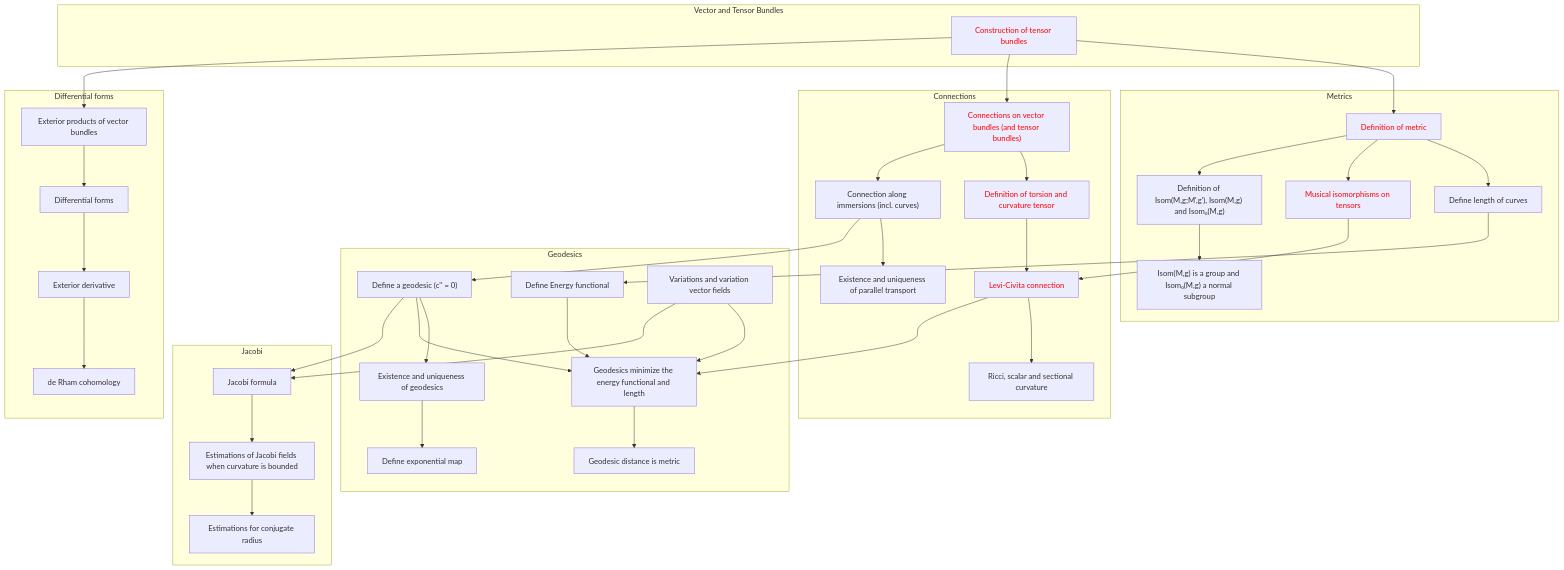
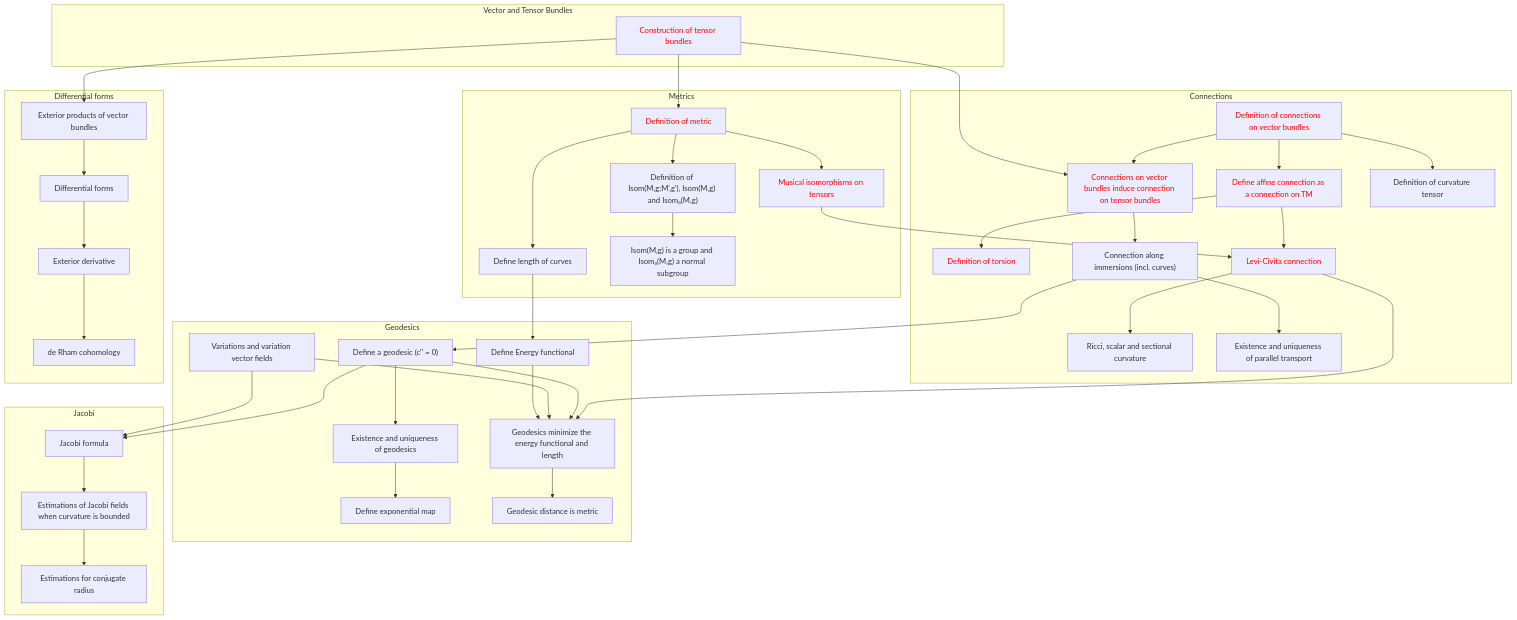
Before and after one commit to jkanschik/learning-lean: the diagram in differentialGeometry/gapAnalysis.md, drawn with Mermaid.

```diff
--- a/differentialGeometry/gapAnalysis.md
+++ b/differentialGeometry/gapAnalysis.md
@@ -136,17 +136,30 @@
     T1-->T2
 
     subgraph "Connections"
-        T10["Connections on vector bundles (and tensor bundles)"]
+        T17["Definition of connections on vector bundles"]
+        style T17 color:red
+        T18["Define affine connection as a connection on TM"]
+        style T18 color:red
+        T11.1["Definition of torsion"]
+        style T11.1 color:red
+
+        T10["Connections on vector bundles induce connection on tensor bundles"]
         style T10 color:red
-        T11["Definition of torsion and curvature tensor"]
-        style T11 color:red
+
+        T11["Definition of curvature tensor"]
+
+
         T13["Levi-Civita connection"]
         style T13 color:red
         T14["Ricci, scalar and sectional curvature"]
         T15["Connection along immersions (incl. curves)"]
         T16["Existence and uniqueness of parallel transport"]
 
-        T10-->T11-->T13-->T14
+        T17-->T18-->T11.1
+        T18-->T13
+        T17-->T10
+        T17-->T11
+        T13-->T14
         T10-->T15-->T16
     end
 
```
